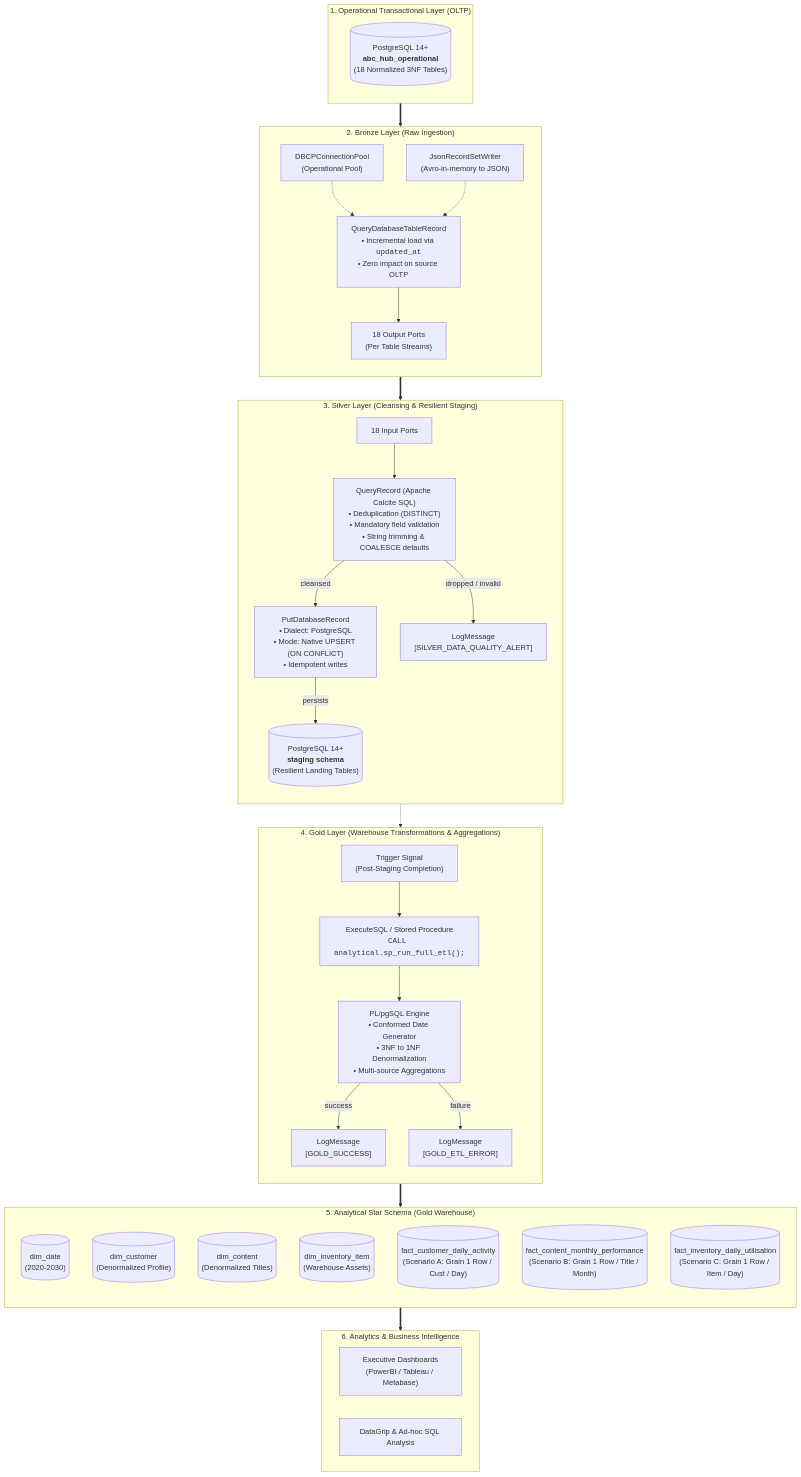
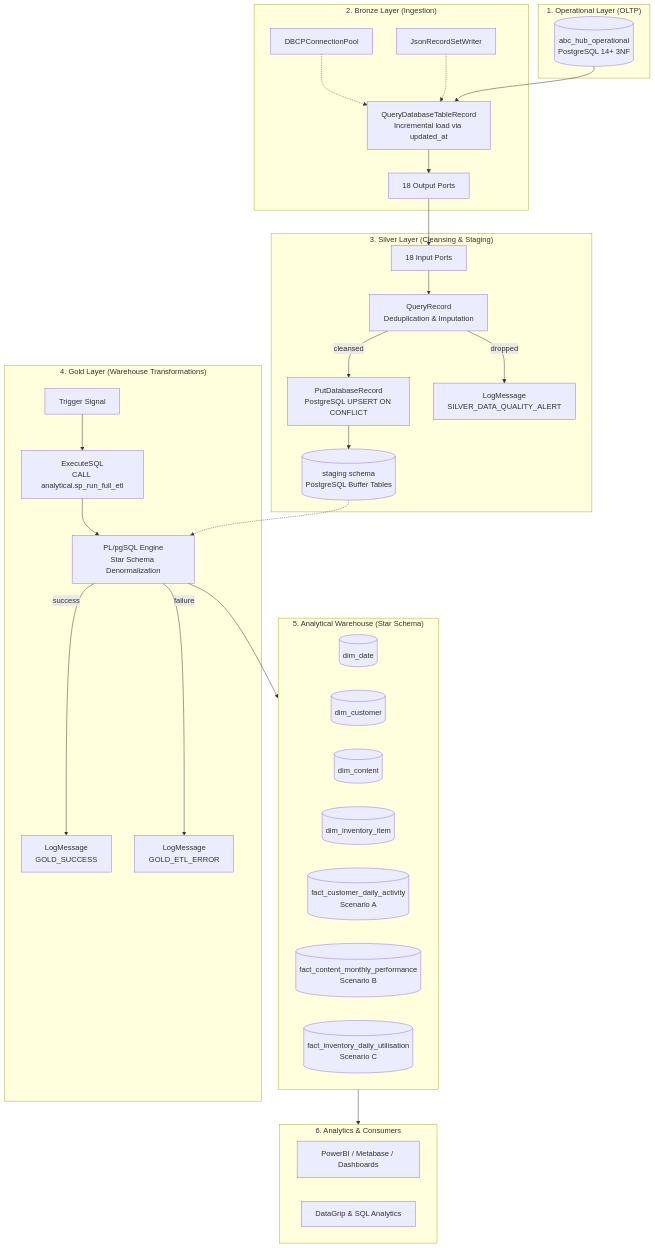
The first of 2 diagrams in README.md (dinod001/abc-hub-data-warehouse), drawn with Mermaid before and after one commit. The commit also changed other lines of this file and 1 other file, not shown here.

Commit message:
feat: add NiFi ETL pipeline configuration and update documentation

````diff
--- a/README.md
+++ b/README.md
@@ -26,71 +26,77 @@
 ```mermaid
 flowchart TD
-    subgraph Operational_Source["1. Operational Transactional Layer (OLTP)"]
-        direction TB
-        DB_OP[("PostgreSQL 14+<br/><b>abc_hub_operational</b><br/>(18 Normalized 3NF Tables)")]
+    subgraph Operational_Source["1. Operational Layer (OLTP)"]
+        DB_OP[("abc_hub_operational
+PostgreSQL 14+ 3NF")]
     end
 
-    subgraph Bronze_Layer["2. Bronze Layer (Raw Ingestion)"]
-        direction TB
-        B_Query["QueryDatabaseTableRecord<br/>• Incremental load via <code>updated_at</code><br/>• Zero impact on source OLTP"]
-        B_Pool["DBCPConnectionPool<br/>(Operational Pool)"]
-        B_Writer["JsonRecordSetWriter<br/>(Avro-in-memory to JSON)"]
-        B_Ports["18 Output Ports<br/>(Per Table Streams)"]
+    subgraph Bronze_Layer["2. Bronze Layer (Ingestion)"]
+        B_Query["QueryDatabaseTableRecord
+Incremental load via updated_at"]
+        B_Pool["DBCPConnectionPool"]
+        B_Writer["JsonRecordSetWriter"]
+        B_Ports["18 Output Ports"]
         B_Pool -.-> B_Query
         B_Writer -.-> B_Query
         B_Query --> B_Ports
     end
 
-    subgraph Silver_Layer["3. Silver Layer (Cleansing & Resilient Staging)"]
-        direction TB
+    subgraph Silver_Layer["3. Silver Layer (Cleansing & Staging)"]
         S_Ports["18 Input Ports"]
-        S_Cleanse["QueryRecord (Apache Calcite SQL)<br/>• Deduplication (DISTINCT)<br/>• Mandatory field validation<br/>• String trimming & COALESCE defaults"]
-        S_Put["PutDatabaseRecord<br/>• Dialect: PostgreSQL<br/>• Mode: Native UPSERT (ON CONFLICT)<br/>• Idempotent writes"]
-        S_Staging[("PostgreSQL 14+<br/><b>staging schema</b><br/>(Resilient Landing Tables)")]
-        S_Alert["LogMessage<br/>[SILVER_DATA_QUALITY_ALERT]"]
+        S_Cleanse["QueryRecord
+Deduplication & Imputation"]
+        S_Put["PutDatabaseRecord
+PostgreSQL UPSERT ON CONFLICT"]
+        S_Staging[("staging schema
+PostgreSQL Buffer Tables")]
+        S_Alert["LogMessage
+SILVER_DATA_QUALITY_ALERT"]
         
         S_Ports --> S_Cleanse
         S_Cleanse -->|cleansed| S_Put
-        S_Cleanse -->|dropped / invalid| S_Alert
-        S_Put -->|persists| S_Staging
+        S_Cleanse -->|dropped| S_Alert
+        S_Put --> S_Staging
     end
 
-    subgraph Gold_Layer["4. Gold Layer (Warehouse Transformations & Aggregations)"]
-        direction TB
-        G_Trigger["Trigger Signal<br/>(Post-Staging Completion)"]
-        G_Exec["ExecuteSQL / Stored Procedure<br/><code>CALL analytical.sp_run_full_etl();</code>"]
-        G_Proc["PL/pgSQL Engine<br/>• Conformed Date Generator<br/>• 3NF to 1NF Denormalization<br/>• Multi-source Aggregations"]
-        G_Success["LogMessage<br/>[GOLD_SUCCESS]"]
-        G_Fail["LogMessage<br/>[GOLD_ETL_ERROR]"]
+    subgraph Gold_Layer["4. Gold Layer (Warehouse Transformations)"]
+        G_Trigger["Trigger Signal"]
+        G_Exec["ExecuteSQL
+CALL analytical.sp_run_full_etl"]
+        G_Proc["PL/pgSQL Engine
+Star Schema Denormalization"]
+        G_Success["LogMessage
+GOLD_SUCCESS"]
+        G_Fail["LogMessage
+GOLD_ETL_ERROR"]
         
         G_Trigger --> G_Exec
         G_Exec --> G_Proc
         G_Proc -->|success| G_Success
         G_Proc -->|failure| G_Fail
     end
 
-    subgraph Analytical_Warehouse["5. Analytical Star Schema (Gold Warehouse)"]
-        direction TB
-        DW_Dates[("dim_date<br/>(2020-2030)")]
-        DW_Cust[("dim_customer<br/>(Denormalized Profile)")]
-        DW_Content[("dim_content<br/>(Denormalized Titles)")]
-        DW_Inv[("dim_inventory_item<br/>(Warehouse Assets)")]
+    subgraph Analytical_Warehouse["5. Analytical Warehouse (Star Schema)"]
+        DW_Dates[("dim_date")]
+        DW_Cust[("dim_customer")]
+        DW_Content[("dim_content")]
+        DW_Inv[("dim_inventory_item")]
         
-        Fact_A[("fact_customer_daily_activity<br/>(Scenario A: Grain 1 Row / Cust / Day)")]
-        Fact_B[("fact_content_monthly_performance<br/>(Scenario B: Grain 1 Row / Title / Month)")]
-        Fact_C[("fact_inventory_daily_utilisation<br/>(Scenario C: Grain 1 Row / Item / Day)")]
+        Fact_A[("fact_customer_daily_activity
+Scenario A")]
+        Fact_B[("fact_content_monthly_performance
+Scenario B")]
+        Fact_C[("fact_inventory_daily_utilisation
+Scenario C")]
     end
 
-    subgraph Consumers["6. Analytics & Business Intelligence"]
-        direction LR
-        BI_Reports["Executive Dashboards<br/>(PowerBI / Tableau / Metabase)"]
-        BI_Queries["DataGrip & Ad-hoc SQL Analysis"]
+    subgraph Consumers["6. Analytics & Consumers"]
+        BI_Reports["PowerBI / Metabase / Dashboards"]
+        BI_Queries["DataGrip & SQL Analytics"]
     end
 
-    %% Flow Connections
-    DB_OP ==> B_Query
-    B_Ports ==> S_Ports
+    DB_OP --> B_Query
+    B_Ports --> S_Ports
     S_Staging -.-> G_Proc
-    G_Proc ==> Analytical_Warehouse
-    Analytical_Warehouse ==> Consumers
+    G_Proc --> Analytical_Warehouse
+    Analytical_Warehouse --> Consumers
 ```
````
